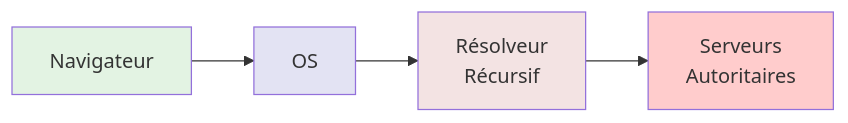
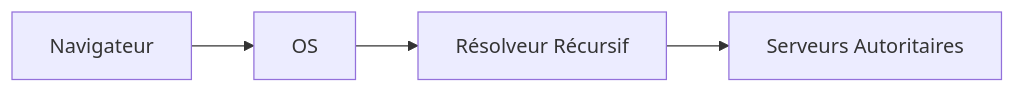
The third of 6 diagrams in docs/bases/reseaux/dns-notions.md (zyrass/omnydocs), drawn with Mermaid before and after one commit. The commit also changed other lines of this file and 723 other files, not shown here.

````diff
--- a/docs/bases/reseaux/dns-notions.md
+++ b/docs/bases/reseaux/dns-notions.md
@@ -434,11 +355,9 @@
 ```mermaid
-graph LR
-    A[Navigateur] --> B[OS]
-    B --> C[Résolveur<br/>Récursif]
-    C --> D[Serveurs<br/>Autoritaires]
-    
-    style A fill:#e3f3e3
-    style B fill:#e3e3f3
-    style C fill:#f3e3e3
-    style D fill:#ffcccc
+flowchart LR
+    A["Navigateur"]
+    B["OS"]
+    C["Résolveur Récursif"]
+    D["Serveurs Autoritaires"]
+
+    A --> B --> C --> D
 ```
````
